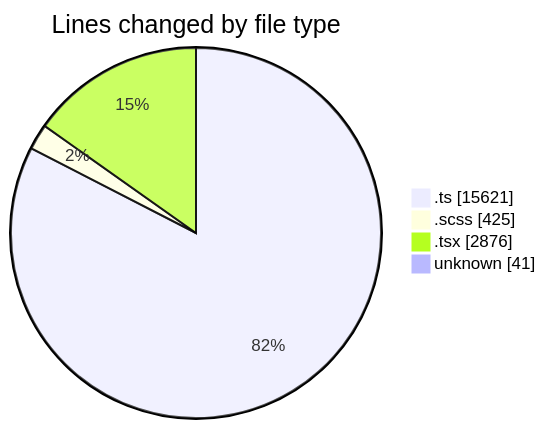
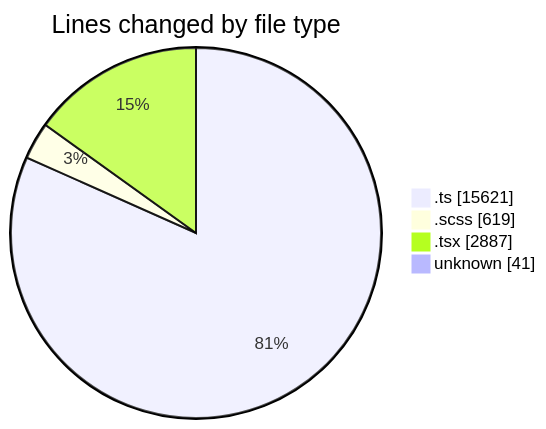
The first of 2 diagrams in 2025-08-27/cda/README.md (momahboobian/code-tracking), drawn with Mermaid before and after one commit. The commit also changed other lines of this file and 1 other file, not shown here.

````diff
--- a/2025-08-27/cda/README.md
+++ b/2025-08-27/cda/README.md
@@ -37,8 +38,8 @@
 ```mermaid
 pie showData
 title Lines changed by file type
 ".ts" : 15621
-".scss" : 425
-".tsx" : 2876
+".scss" : 619
+".tsx" : 2887
 "unknown" : 41
 ```
````
